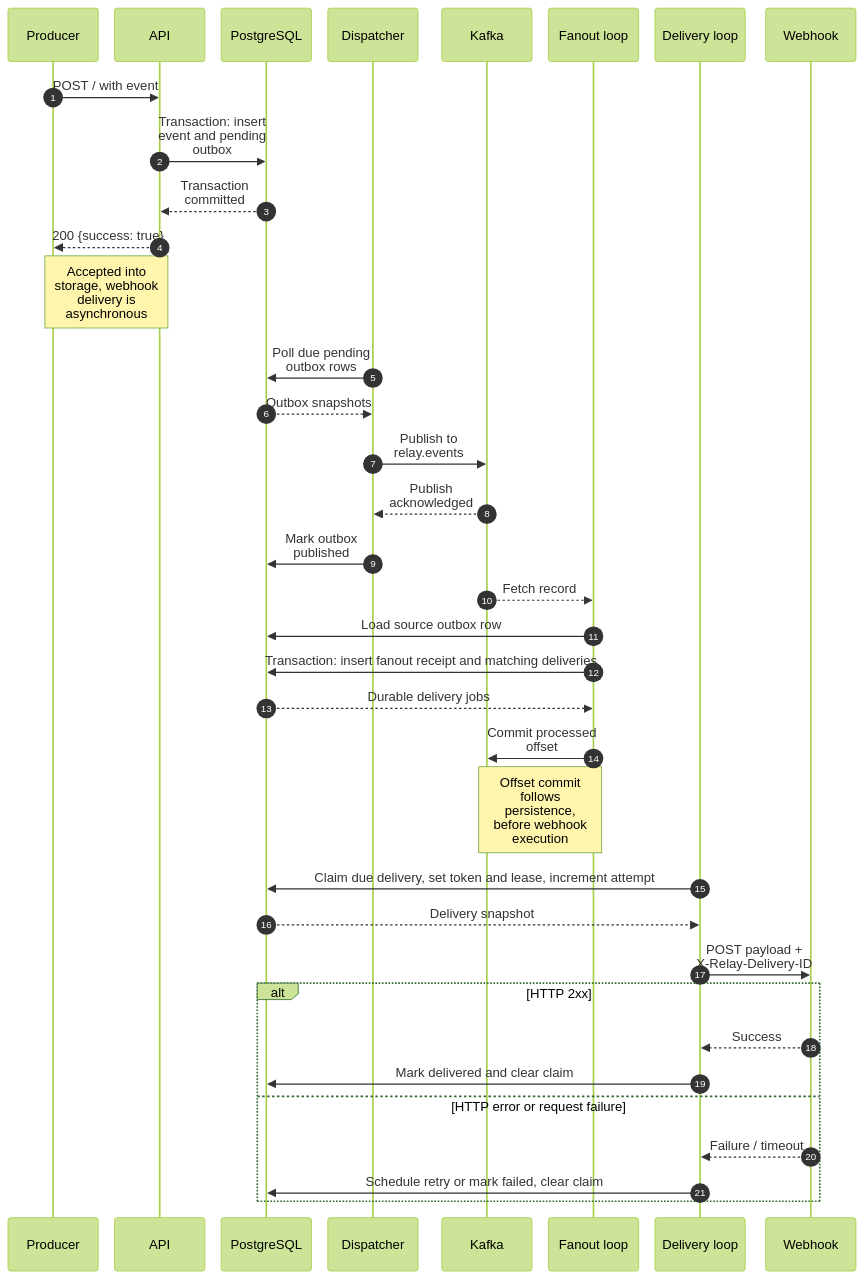
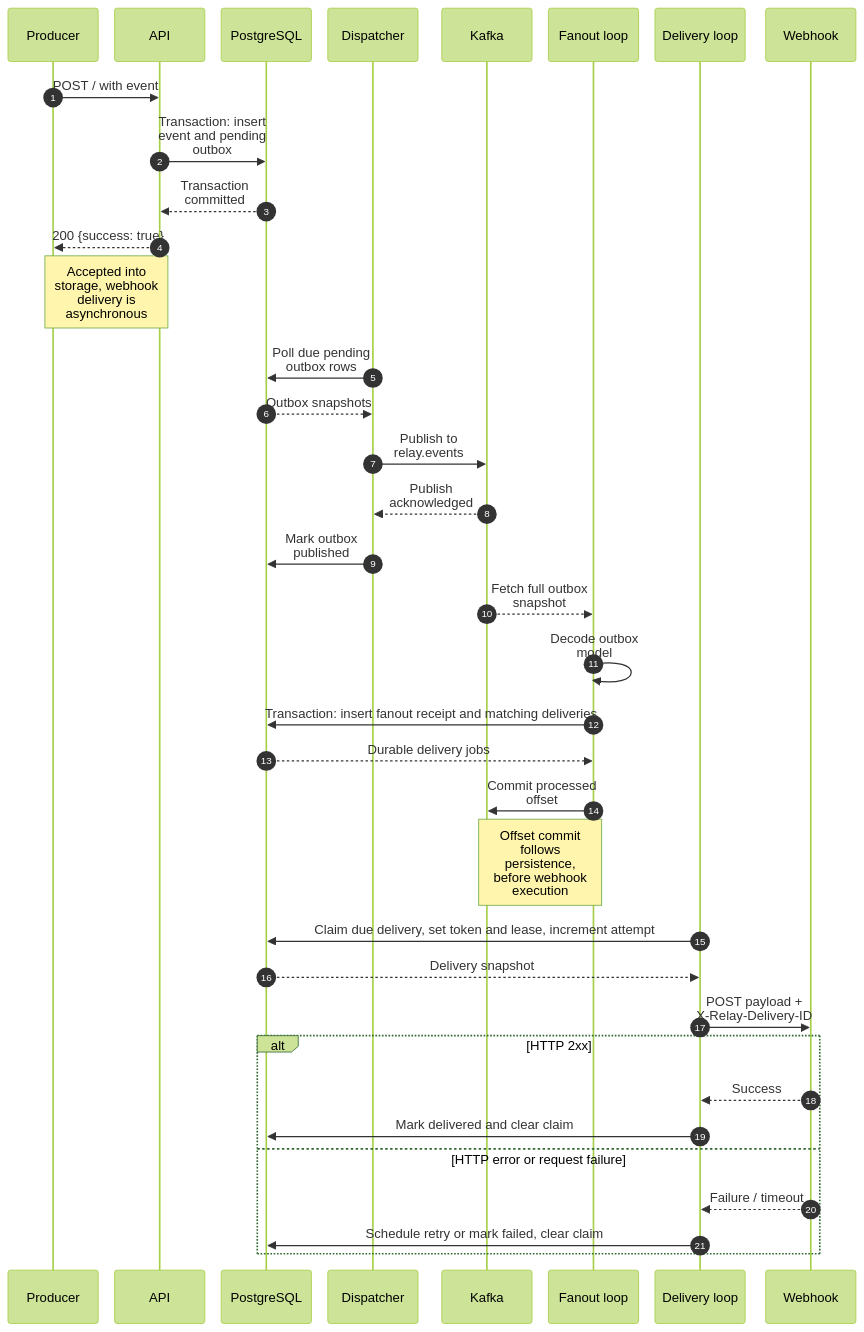
One commit to satwkk/Relay-Service changed the second of 4 diagrams in README.md. Above: the diagram before and after it, drawn with Mermaid (forest theme). The commit also changed other lines of this file and 4 other files, not shown here.

````diff
--- a/README.md
+++ b/README.md
@@ -115,43 +115,43 @@
 ```mermaid
 %%{init: {"sequence": {"width": 110, "actorMargin": 20, "wrap": true}}}%%
 sequenceDiagram
     autonumber
     participant App as Producer
     participant API as API
     participant DB as PostgreSQL
     participant Outbox as Dispatcher
     participant Kafka as Kafka
     participant Fanout as Fanout loop
     participant Jobs as Delivery loop
     participant Hook as Webhook
 
     App->>API: POST / with event
     API->>DB: Transaction: insert event and pending outbox
     DB-->>API: Transaction committed
     API-->>App: 200 {success: true}
     Note over App,API: Accepted into storage, webhook delivery is asynchronous
 
     Outbox->>DB: Poll due pending outbox rows
     DB-->>Outbox: Outbox snapshots
     Outbox->>Kafka: Publish to relay.events
     Kafka-->>Outbox: Publish acknowledged
     Outbox->>DB: Mark outbox published
 
-    Kafka-->>Fanout: Fetch record
-    Fanout->>DB: Load source outbox row
+    Kafka-->>Fanout: Fetch full outbox snapshot
+    Fanout->>Fanout: Decode outbox model
     Fanout->>DB: Transaction: insert fanout receipt and matching deliveries
     DB-->>Fanout: Durable delivery jobs
     Fanout->>Kafka: Commit processed offset
     Note over Kafka,Fanout: Offset commit follows persistence, before webhook execution
 
     Jobs->>DB: Claim due delivery, set token and lease, increment attempt
     DB-->>Jobs: Delivery snapshot
     Jobs->>Hook: POST payload + X-Relay-Delivery-ID
     alt HTTP 2xx
         Hook-->>Jobs: Success
         Jobs->>DB: Mark delivered and clear claim
     else HTTP error or request failure
         Hook-->>Jobs: Failure / timeout
         Jobs->>DB: Schedule retry or mark failed, clear claim
     end
 ```
````
